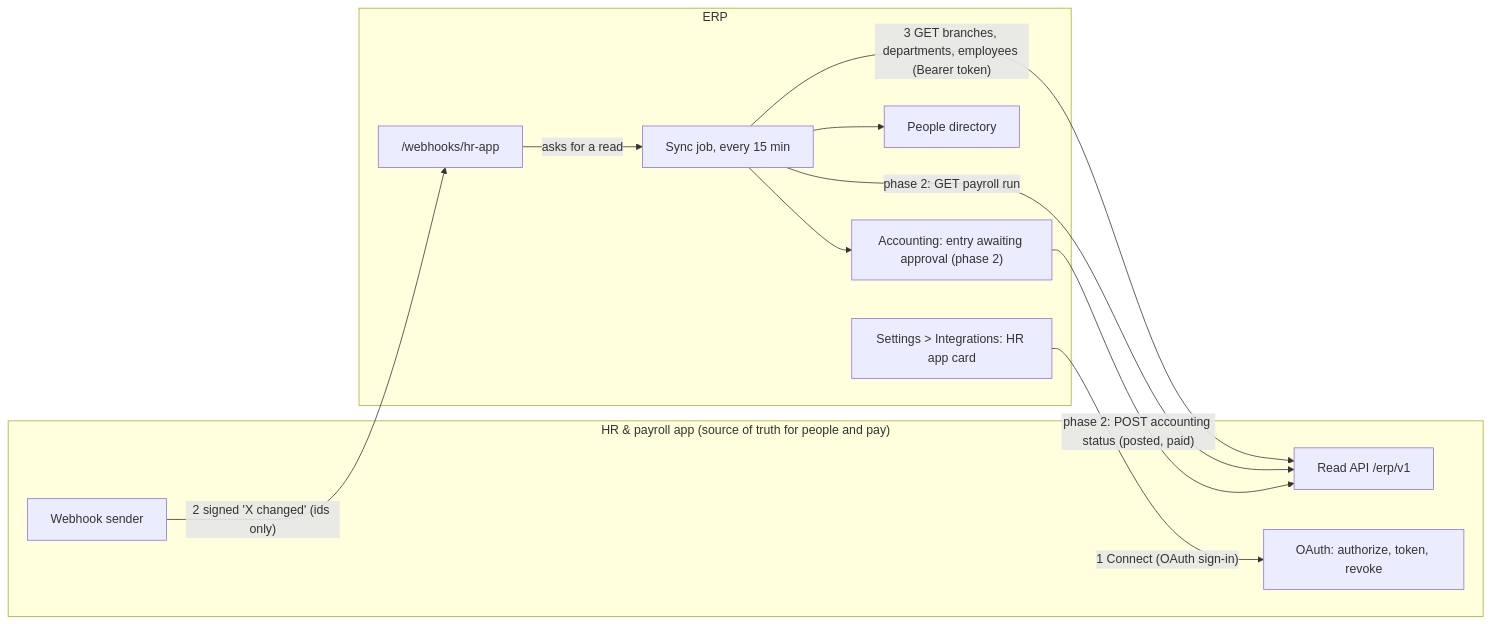
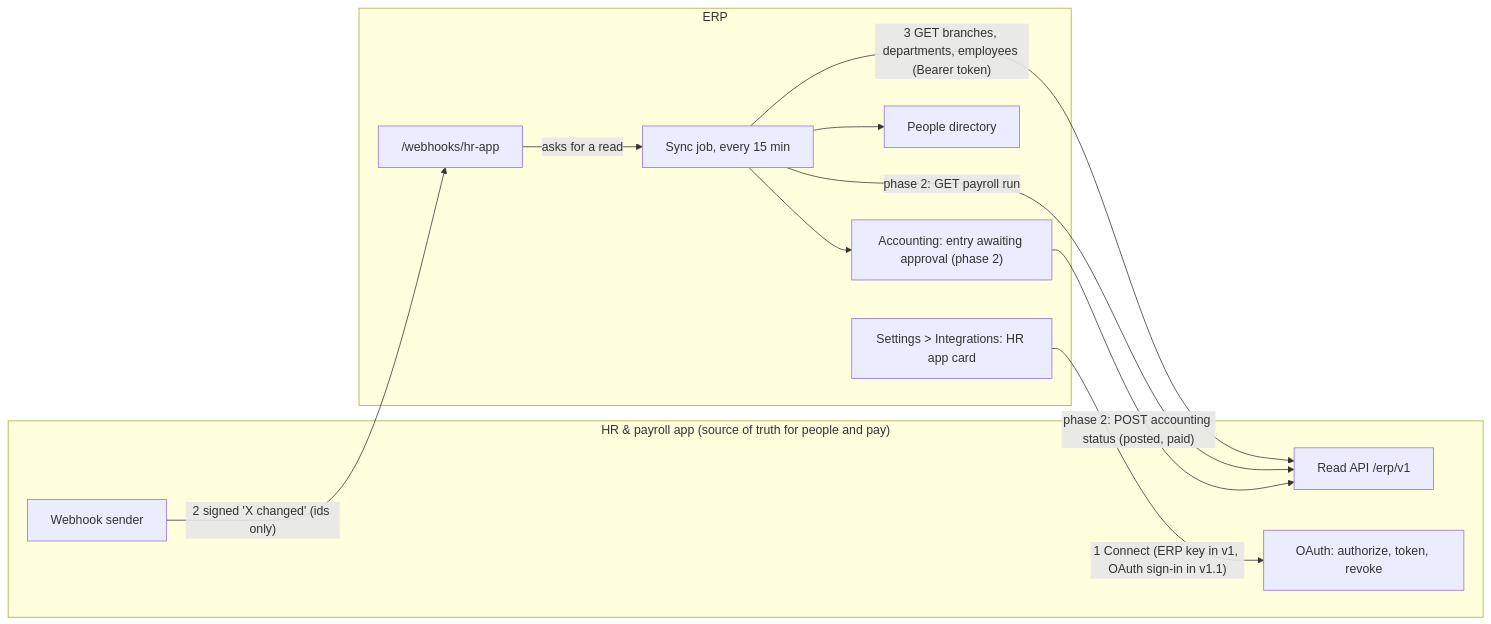
One commit to bennnnnnyyyyyyyy/erp changed the first of 5 diagrams in documentation/reference/hr-app-integration-contract.md. Above: the diagram before and after it, drawn with Mermaid. The commit also changed other lines of this file and 2 other files, not shown here.

Commit message:
HR app contract draft 3: per-company ERP key for v1 (OAuth in v1.1), webhooks optional, company separation, exact money and payroll run types

````diff
--- a/documentation/reference/hr-app-integration-contract.md
+++ b/documentation/reference/hr-app-integration-contract.md
@@ -36,23 +37,23 @@
 ```mermaid
 flowchart LR
   subgraph HR["HR & payroll app (source of truth for people and pay)"]
     HRAPI["Read API /erp/v1"]
     HRAUTH["OAuth: authorize, token, revoke"]
     HRHOOK["Webhook sender"]
   end
   subgraph ERP["ERP"]
     CARD["Settings > Integrations: HR app card"]
     JOB["Sync job, every 15 min"]
     WH["/webhooks/hr-app"]
     PEOPLE["People directory"]
     ACC["Accounting: entry awaiting approval (phase 2)"]
   end
-  CARD -- "1 Connect (OAuth sign-in)" --> HRAUTH
+  CARD -- "1 Connect (ERP key in v1, OAuth sign-in in v1.1)" --> HRAUTH
   HRHOOK -- "2 signed 'X changed' (ids only)" --> WH
   WH -- "asks for a read" --> JOB
   JOB -- "3 GET branches, departments, employees (Bearer token)" --> HRAPI
   JOB --> PEOPLE
   JOB -- "phase 2: GET payroll run" --> HRAPI
   JOB --> ACC
   ACC -- "phase 2: POST accounting status (posted, paid)" --> HRAPI
 ```
````
